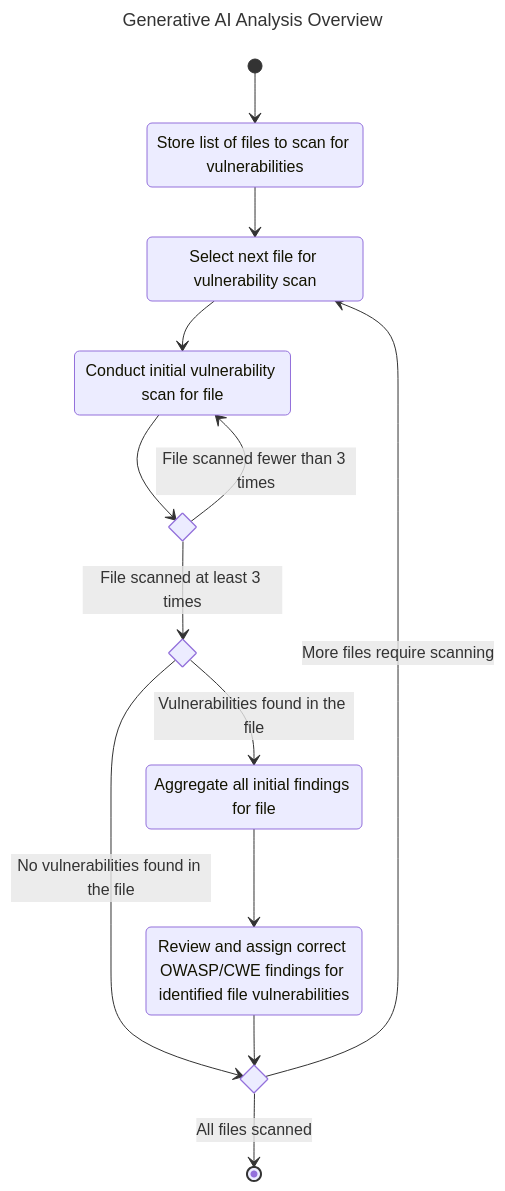
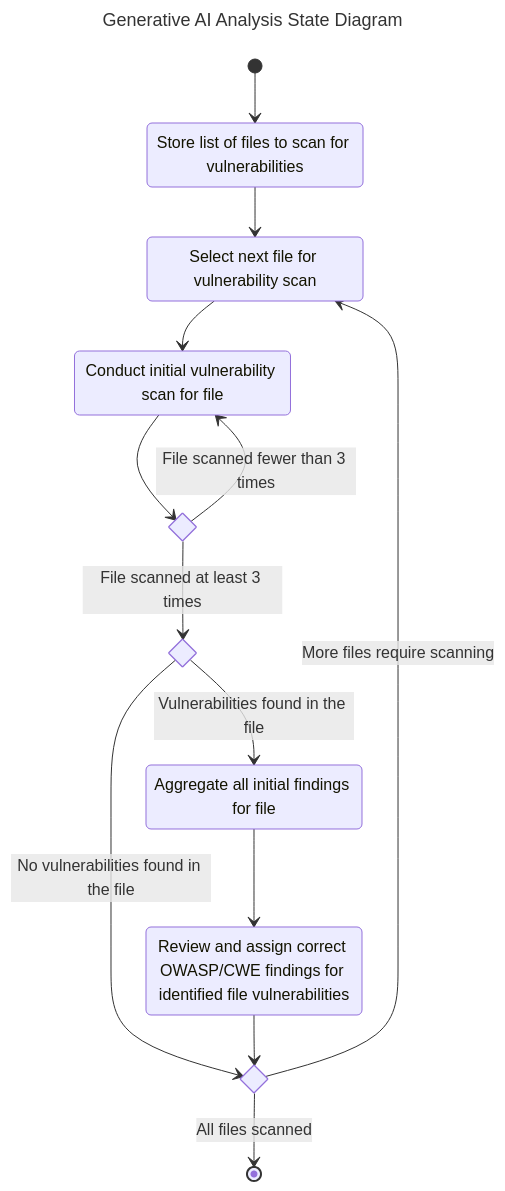
One commit to AlexWinder/SecAware changed the third of 3 diagrams in README.md. Above: the diagram before and after it, drawn with Mermaid. The commit also changed other lines of this file, not shown here.

````diff
--- a/README.md
+++ b/README.md
@@ -186,34 +186,34 @@
 ```mermaid
 ---
-title: Generative AI Analysis Overview
+title: Generative AI Analysis State Diagram
 ---
 stateDiagram-v2
     state "Store list of files to scan for vulnerabilities" as storeList
     state "Select next file for vulnerability scan" as selectNextFile
     state "Conduct initial vulnerability scan for file" as initialScan
     state "Aggregate all initial findings for file" as aggregateFindings
     state "Review and assign correct OWASP/CWE findings for identified file vulnerabilities" as categoriseFindings
 
     state ifInitialScanIteration <<choice>>
     state ifVulnerabilitiesFound <<choice>>
     state ifAllFilesScanned <<choice>>
 
     [*] --> storeList
 
     storeList --> selectNextFile
 
     selectNextFile --> initialScan
     initialScan --> ifInitialScanIteration
 
     ifInitialScanIteration --> initialScan: File scanned fewer than 3 times
     ifInitialScanIteration --> ifVulnerabilitiesFound: File scanned at least 3 times
 
     ifVulnerabilitiesFound --> ifAllFilesScanned: No vulnerabilities found in the file
     ifVulnerabilitiesFound --> aggregateFindings: Vulnerabilities found in the file
 
     aggregateFindings --> categoriseFindings
     categoriseFindings --> ifAllFilesScanned
 
     ifAllFilesScanned --> selectNextFile: More files require scanning
     ifAllFilesScanned --> [*]: All files scanned
 ```
````
